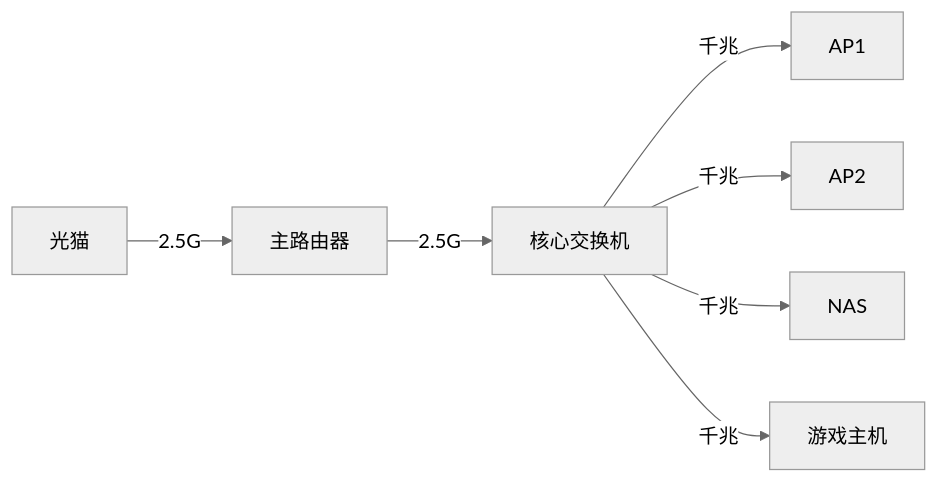
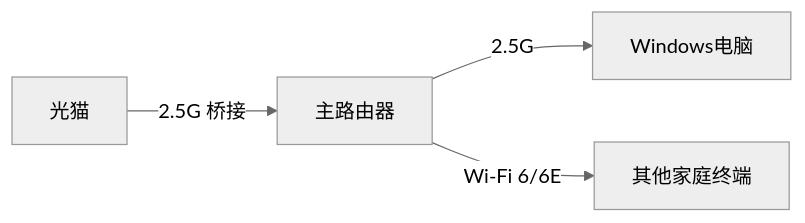
One commit to cxbdasheng/AIO changed the sixth of 6 diagrams in docs/network/intranet.md. Above: the diagram before and after it, drawn with Mermaid (neutral theme). The commit also changed other lines of this file and 5 other files, not shown here.

````diff
--- a/docs/network/intranet.md
+++ b/docs/network/intranet.md
@@ -244,9 +279,6 @@
 ```mermaid
 graph LR
-    A[光猫] -->|2.5G| B[主路由器]
-    B -->|2.5G| C[核心交换机]
-    C -->|千兆| D[AP1]
-    C -->|千兆| E[AP2]
-    C -->|千兆| F[NAS]
-    C -->|千兆| G[游戏主机]
+    A[光猫] -->|2.5G 桥接| B[主路由器]
+    B -->|2.5G| C[Windows电脑]
+    B -->|Wi-Fi 6/6E| D[其他家庭终端]
 ```
````
